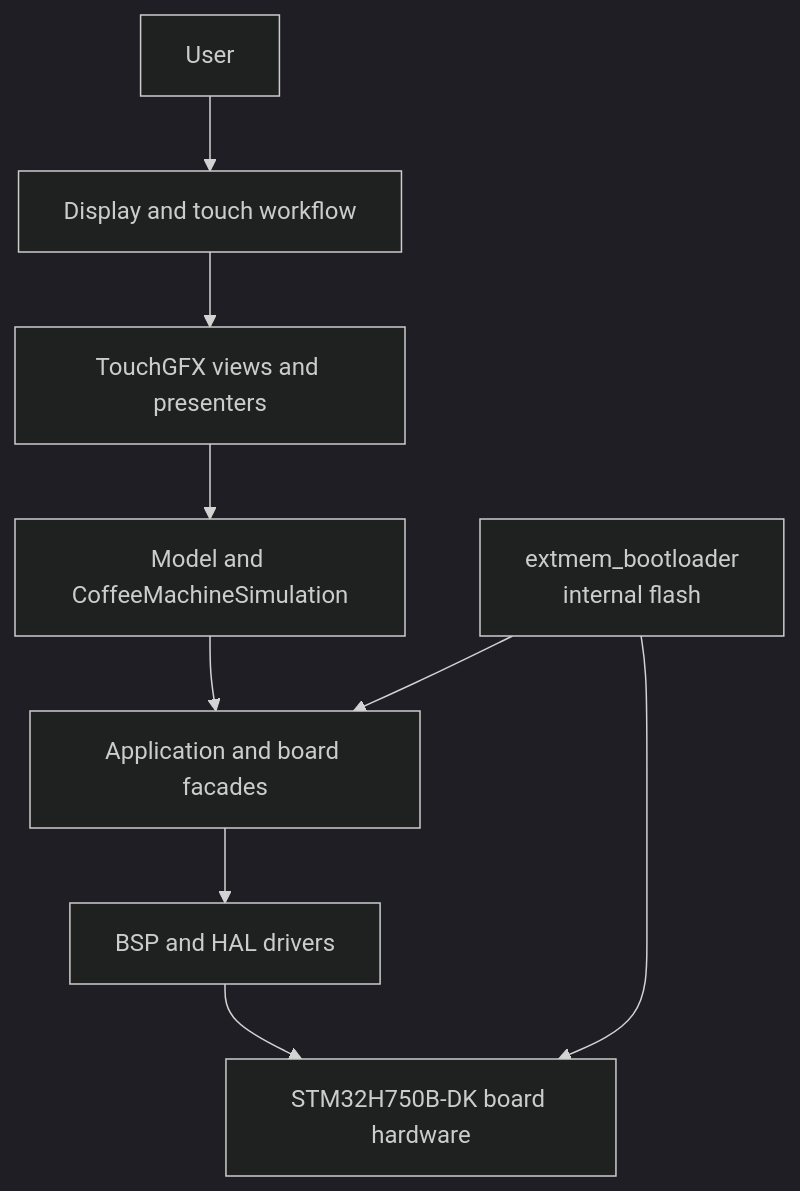
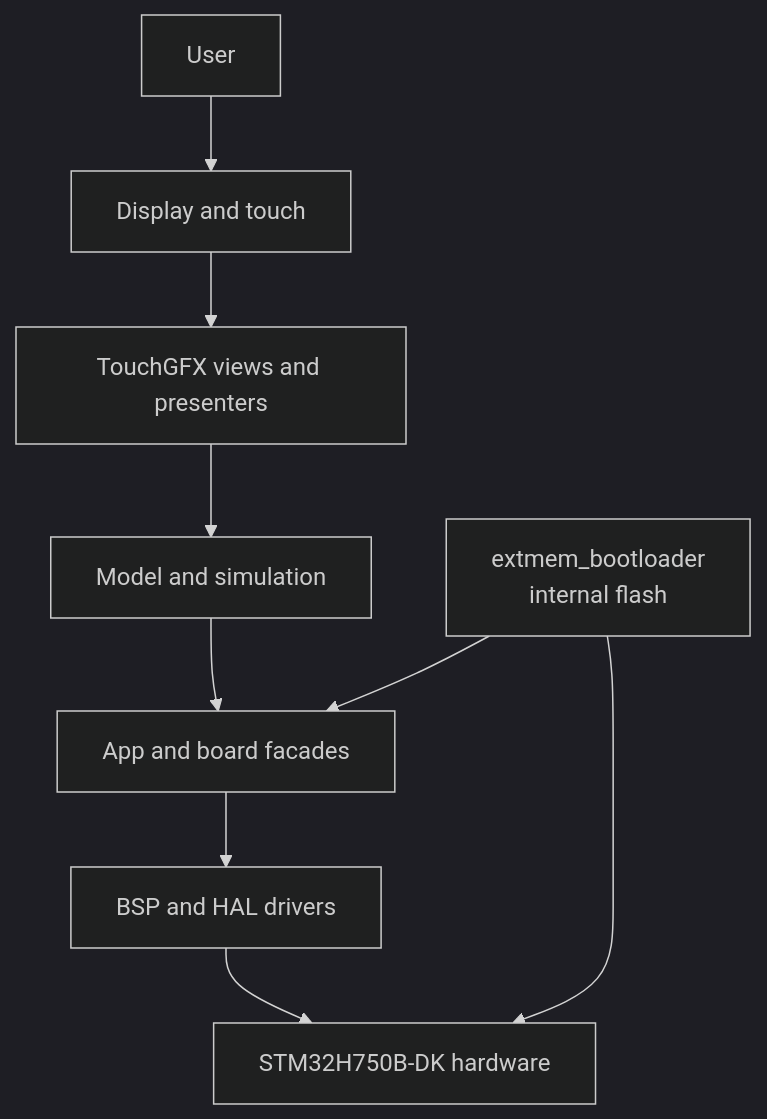
The first of 7 diagrams in docs/01-architecture/README.md (embmike/coffe_machine), drawn with Mermaid (dark theme) before and after one commit. The commit also changed 1 other file, not shown here.

Commit message:
Updated documentation for better read.

````diff
--- a/docs/01-architecture/README.md
+++ b/docs/01-architecture/README.md
@@ -19,11 +19,11 @@
 ```mermaid
 flowchart TD
-    USER["User"] --> DISPLAY["Display and touch workflow"]
+    USER["User"] --> DISPLAY["Display and touch"]
     DISPLAY --> UI["TouchGFX views and presenters"]
-    UI --> MODEL["Model and CoffeeMachineSimulation"]
-    MODEL --> APP["Application and board facades"]
+    UI --> MODEL["Model and simulation"]
+    MODEL --> APP["App and board facades"]
     APP --> BSP["BSP and HAL drivers"]
-    BSP --> HW["STM32H750B-DK board hardware"]
+    BSP --> HW["STM32H750B-DK hardware"]
     BOOT["extmem_bootloader<br/>internal flash"] --> HW
     BOOT --> APP
 ```
````
